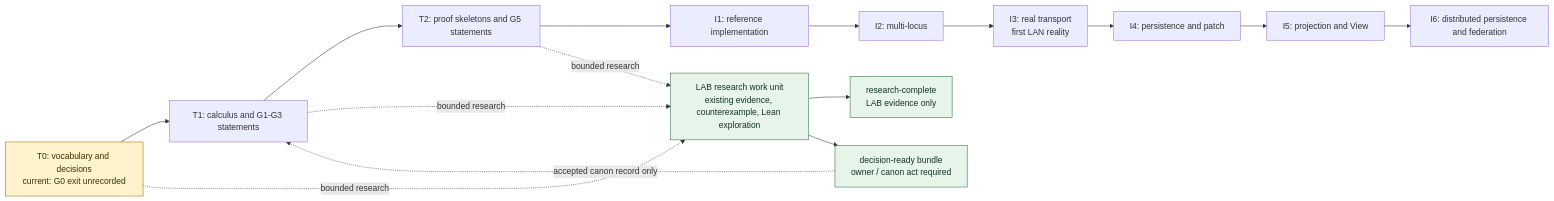
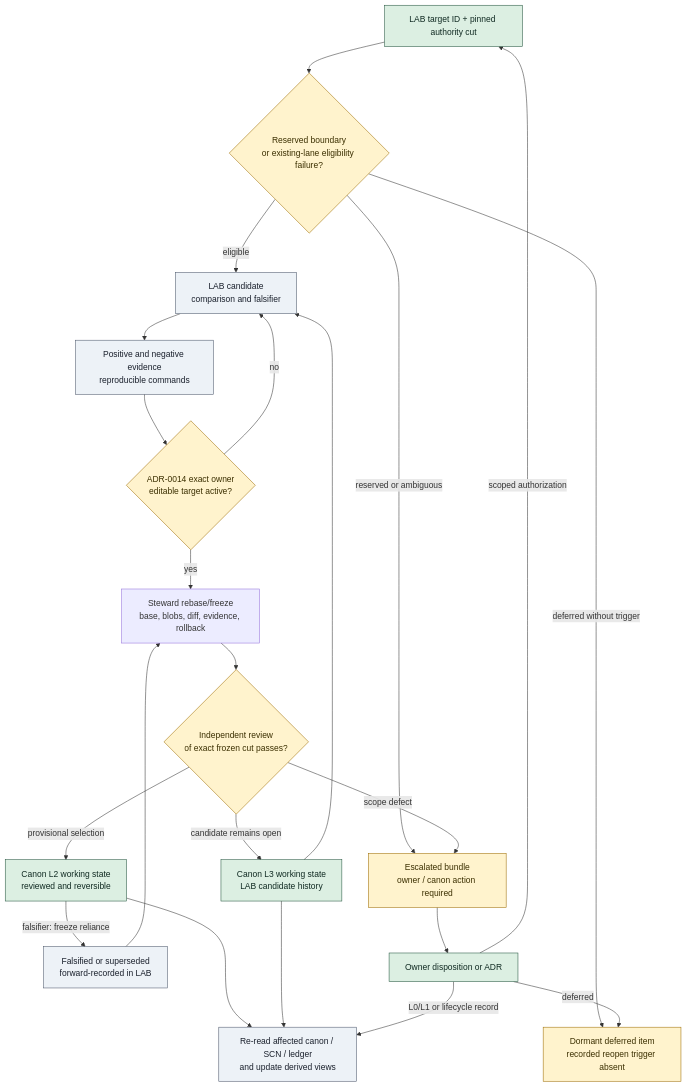
Before and after one commit to yukatayu/mir_poc_01: the diagram in docs/diagrams/workflow.mmd, drawn with Mermaid. The commit also changed 29 other files, not shown here.

```diff
--- a/docs/diagrams/workflow.mmd
+++ b/docs/diagrams/workflow.mmd
@@ -1,28 +1,40 @@
-flowchart LR
-  T0[T0: vocabulary and decisions\ncurrent: G0 exit unrecorded]
-  T1[T1: calculus and G1-G3 statements]
-  T2[T2: proof skeletons and G5 statements]
-  I1[I1: reference implementation]
-  I2[I2: multi-locus]
-  I3[I3: real transport\nfirst LAN reality]
-  I4[I4: persistence and patch]
-  I5[I5: projection and View]
-  I6[I6: distributed persistence and federation]
+flowchart TD
+  Target[LAB target ID + pinned authority cut]
+  Check{Reserved boundary\nor existing-lane eligibility failure?}
+  Listed{ADR-0014 exact owner\neditable target active?}
+  Dormant[Dormant deferred item\nrecorded reopen trigger absent]
+  Escalate[Escalated bundle\nowner / canon action required]
+  Candidate[LAB candidate\ncomparison and falsifier]
+  Evidence[Positive and negative evidence\nreproducible commands]
+  Freeze[Steward rebase/freeze\nbase, blobs, diff, evidence, rollback]
+  Review{Independent review\nof exact frozen cut passes?}
+  L3[Canon L3 working state\nLAB candidate history]
+  L2[Canon L2 working state\nreviewed and reversible]
+  Falsified[Falsified or superseded\nforward-recorded in LAB]
+  Owner[Owner disposition or ADR]
+  Recut[Re-read affected canon / SCN / ledger\nand update derived views]
 
-  T0 --> T1 --> T2 --> I1 --> I2 --> I3 --> I4 --> I5 --> I6
+  Target --> Check
+  Check -- deferred without trigger --> Dormant
+  Check -- reserved or ambiguous --> Escalate
+  Check -- eligible --> Candidate --> Evidence --> Listed
+  Listed -- no --> Candidate
+  Listed -- yes --> Freeze --> Review
+  Review -- scope defect --> Escalate
+  Review -- candidate remains open --> L3
+  Review -- provisional selection --> L2
+  L3 --> Candidate
+  L2 -- falsifier: freeze reliance --> Falsified --> Freeze
+  L2 --> Recut
+  L3 --> Recut
+  Escalate --> Owner
+  Owner -- deferred --> Dormant
+  Owner -- scoped authorization --> Target
+  Owner -- L0/L1 or lifecycle record --> Recut
 
-  Research[LAB research work unit\nexisting evidence, counterexample, Lean exploration]
-  Decision[decision-ready bundle\nowner / canon act required]
-  Evidence[research-complete\nLAB evidence only]
-
-  T0 -. bounded research .-> Research
-  T1 -. bounded research .-> Research
-  T2 -. bounded research .-> Research
-  Research --> Evidence
-  Research --> Decision
-  Decision -. accepted canon record only .-> T1
-
-  classDef current fill:#fff3cd,stroke:#9c6b00,color:#3b2f00
-  classDef research fill:#e6f4ea,stroke:#286b3d,color:#12351d
-  class T0 current
-  class Research,Evidence,Decision research
+  classDef canon fill:#dcefe2,stroke:#22543d,color:#102a22
+  classDef lab fill:#edf2f7,stroke:#4a5568,color:#1a202c
+  classDef stop fill:#fff3cd,stroke:#9c6b00,color:#3b2f00
+  class Target,L3,L2,Owner canon
+  class Candidate,Evidence,Falsified,Recut lab
+  class Check,Listed,Dormant,Escalate,Review stop
```
